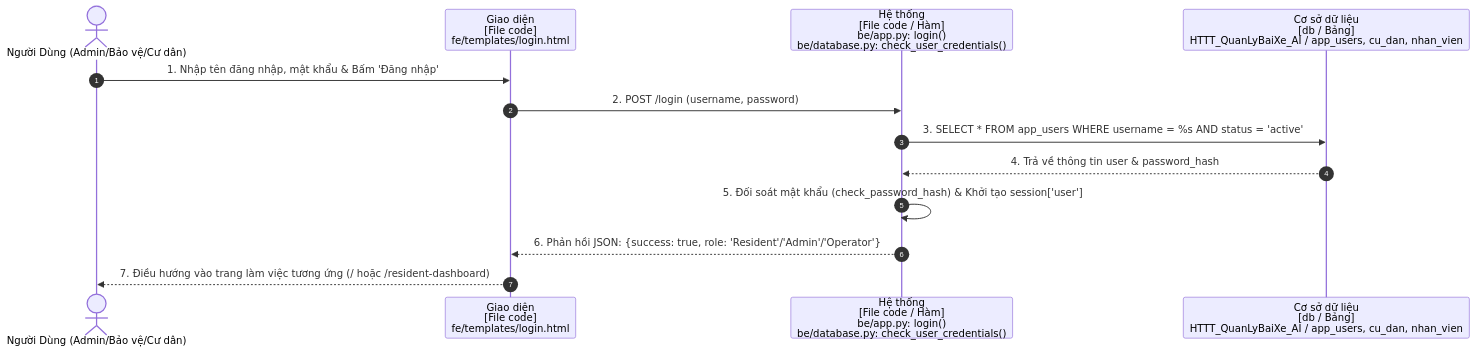
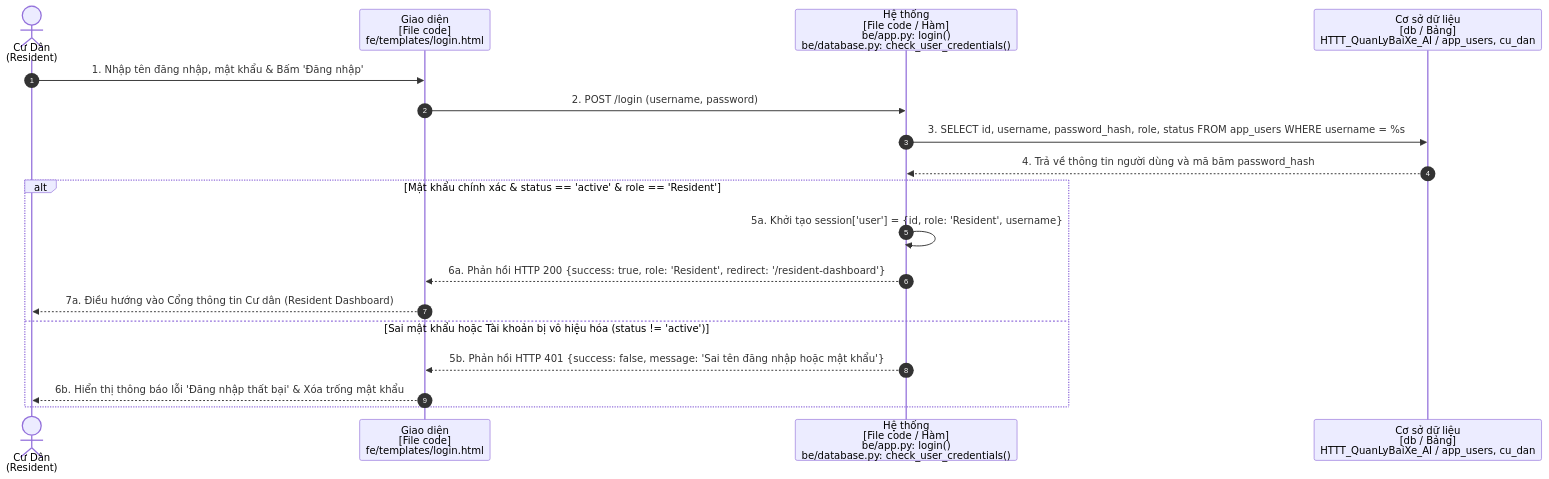
One commit to Truong027/CNPM24 changed the second of 9 diagrams in ongthanquoctruong_24CT2_cnpm/docs/SO_DO_TUAN_TU_CHI_TIET.md. Above: the diagram before and after it, drawn with Mermaid. The commit also changed other lines of this file and 26 other files, not shown here.

Commit message:
docs: update sequence diagrams with actor stick figures, alt frames, and grouped by actor

````diff
--- a/ongthanquoctruong_24CT2_cnpm/docs/SO_DO_TUAN_TU_CHI_TIET.md
+++ b/ongthanquoctruong_24CT2_cnpm/docs/SO_DO_TUAN_TU_CHI_TIET.md
@@ -93,16 +128,22 @@
 ```mermaid
 sequenceDiagram
     autonumber
-    actor User as Người Dùng (Admin/Bảo vệ/Cư dân)
+    actor Resident as Cư Dân<br/>(Resident)
     participant UI as Giao diện<br/>[File code]<br/>fe/templates/login.html
     participant Sys as Hệ thống<br/>[File code / Hàm]<br/>be/app.py: login()<br/>be/database.py: check_user_credentials()
-    participant DB as Cơ sở dữ liệu<br/>[db / Bảng]<br/>HTTT_QuanLyBaiXe_AI / app_users, cu_dan, nhan_vien
+    participant DB as Cơ sở dữ liệu<br/>[db / Bảng]<br/>HTTT_QuanLyBaiXe_AI / app_users, cu_dan
 
-    User->>UI: 1. Nhập tên đăng nhập, mật khẩu & Bấm 'Đăng nhập'
+    Resident->>UI: 1. Nhập tên đăng nhập, mật khẩu & Bấm 'Đăng nhập'
     UI->>Sys: 2. POST /login (username, password)
-    Sys->>DB: 3. SELECT * FROM app_users WHERE username = %s AND status = 'active'
-    DB-->>Sys: 4. Trả về thông tin user & password_hash
-    Sys->>Sys: 5. Đối soát mật khẩu (check_password_hash) & Khởi tạo session['user']
-    Sys-->>UI: 6. Phản hồi JSON: {success: true, role: 'Resident'/'Admin'/'Operator'}
-    UI-->>User: 7. Điều hướng vào trang làm việc tương ứng (/ hoặc /resident-dashboard)
+    Sys->>DB: 3. SELECT id, username, password_hash, role, status FROM app_users WHERE username = %s
+    DB-->>Sys: 4. Trả về thông tin người dùng và mã băm password_hash
+
+    alt Mật khẩu chính xác & status == 'active' & role == 'Resident'
+        Sys->>Sys: 5a. Khởi tạo session['user'] = {id, role: 'Resident', username}
+        Sys-->>UI: 6a. Phản hồi HTTP 200 {success: true, role: 'Resident', redirect: '/resident-dashboard'}
+        UI-->>Resident: 7a. Điều hướng vào Cổng thông tin Cư dân (Resident Dashboard)
+    else Sai mật khẩu hoặc Tài khoản bị vô hiệu hóa (status != 'active')
+        Sys-->>UI: 5b. Phản hồi HTTP 401 {success: false, message: 'Sai tên đăng nhập hoặc mật khẩu'}
+        UI-->>Resident: 6b. Hiển thị thông báo lỗi 'Đăng nhập thất bại' & Xóa trống mật khẩu
+    end
 ```
````
